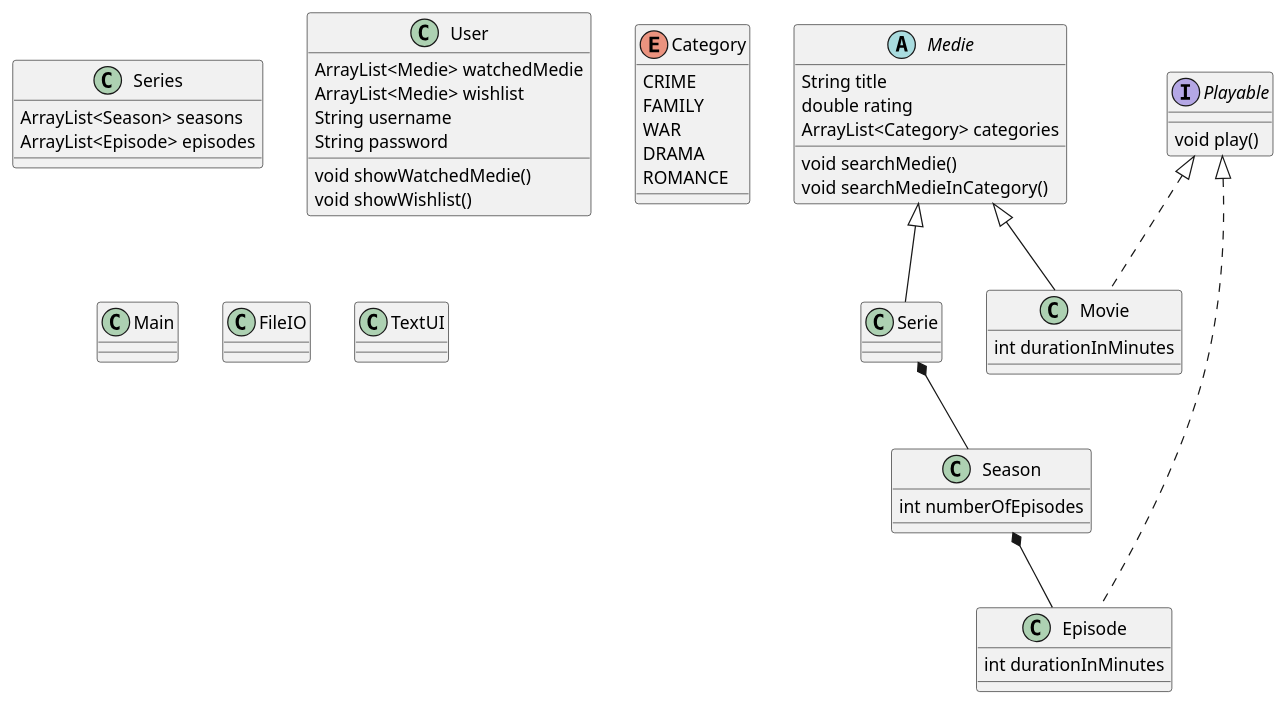
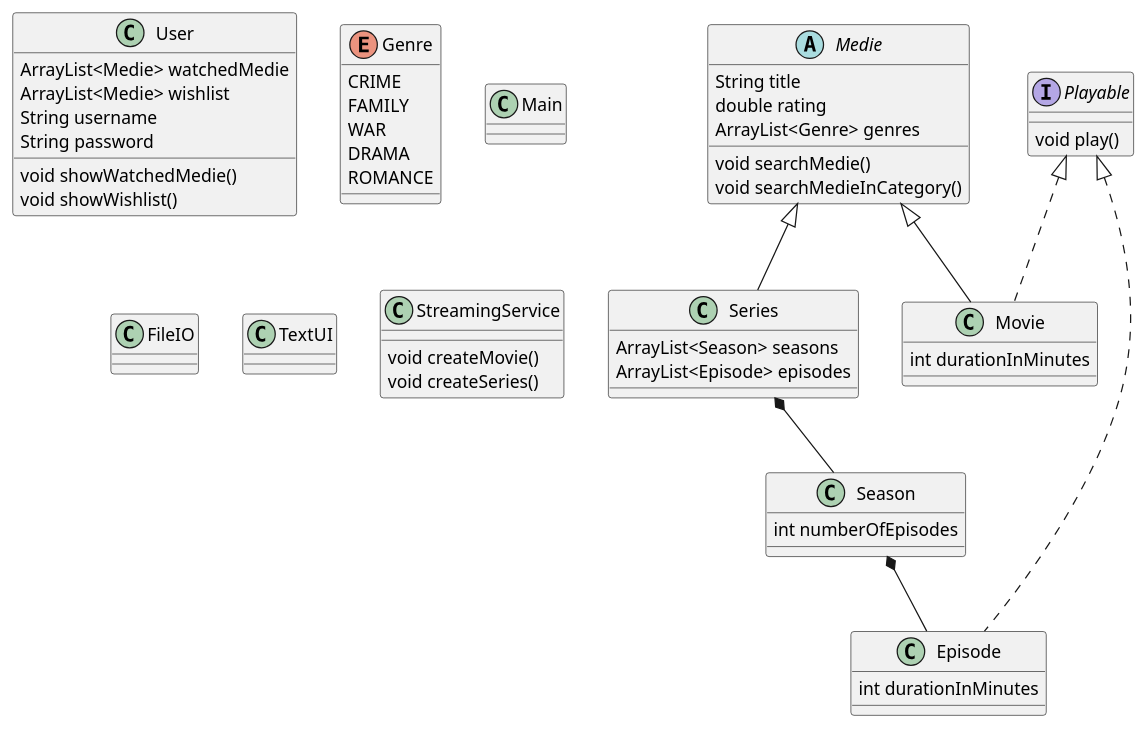
One commit to EmilMarinovic/SP3 changed the diagram in doc/classdiagram.puml. Above: the diagram before and after it, drawn with PlantUML. The commit also changed 7 other files, not shown here.

```diff
--- a/doc/classdiagram.puml
+++ b/doc/classdiagram.puml
@@ -1,56 +1,60 @@
 @startuml
 abstract Medie {
 String title
 double rating
-ArrayList<Category> categories
+ArrayList<Genre> genres
 void searchMedie()
 void searchMedieInCategory()
 }
 class Movie {
 int durationInMinutes
 }
 class Series {
 ArrayList<Season> seasons
 ArrayList<Episode> episodes
 }
 class Season {
 int numberOfEpisodes
 }
 class Episode {
 int durationInMinutes
 }
 class User {
 ArrayList<Medie> watchedMedie
 ArrayList<Medie> wishlist
 String username
 String password
 void showWatchedMedie()
 void showWishlist()
 }
-enum Category {
+enum Genre {
 CRIME
 FAMILY
 WAR
 DRAMA
 ROMANCE
 }
 class Main
 interface Playable {
 void play()
 }
 class FileIO
 class TextUI
+class StreamingService {
+void createMovie()
+void createSeries()
+}
 
 
 
 
 
 Medie <|-- Movie
-Medie <|-- Serie
+Medie <|-- Series
 
-Serie *-- Season
+Series *-- Season
 Season *-- Episode
 
 Playable <|.. Movie
 Playable <|.. Episode
 @enduml
```
